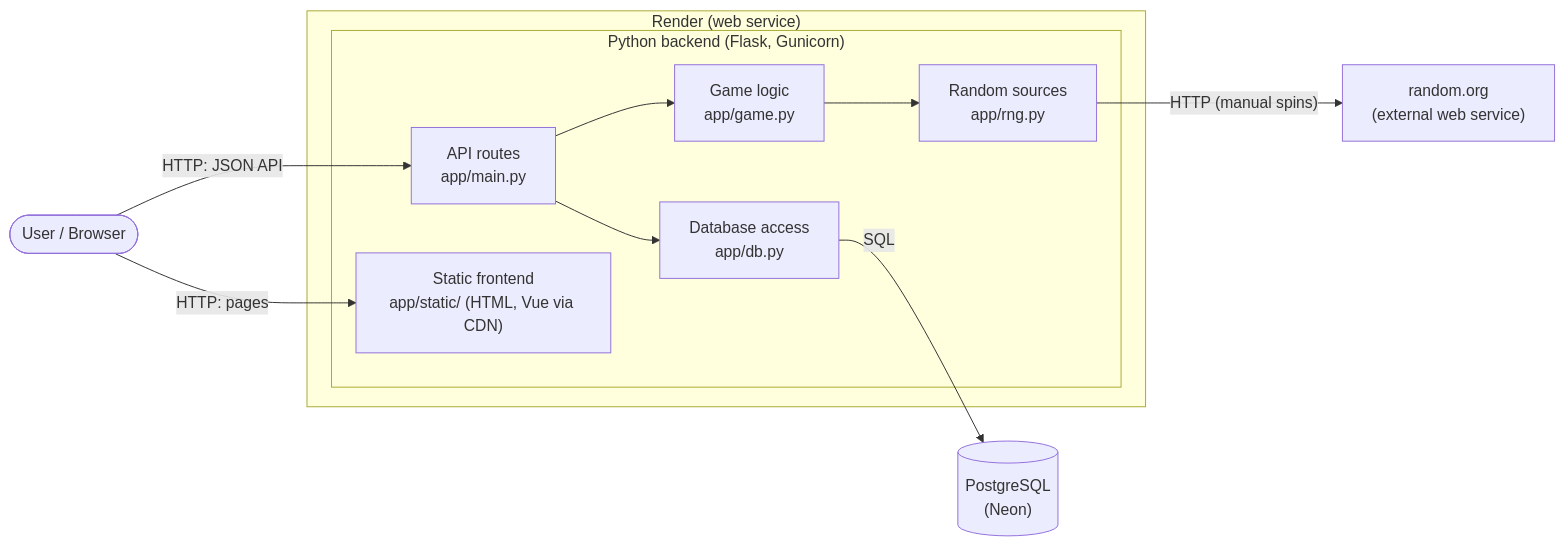
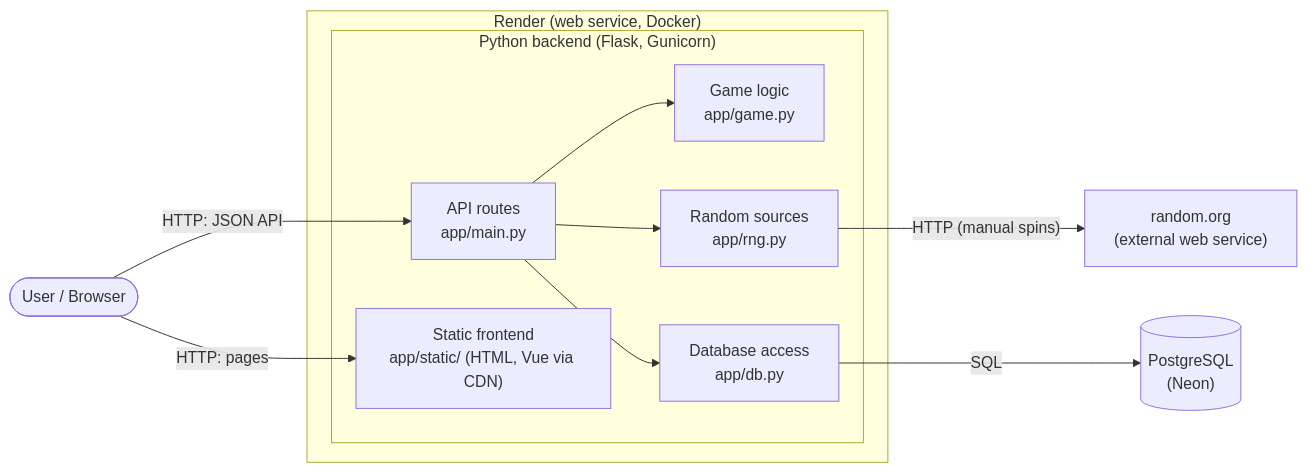
One commit to iceangel79/Slot_Machine changed the first of 5 diagrams in docs/architecture.md. Above: the diagram before and after it, drawn with Mermaid. The commit also changed other lines of this file and 7 other files, not shown here.

Commit message:
Complete README and update architecture, requirements and decisions

````diff
--- a/docs/architecture.md
+++ b/docs/architecture.md
@@ -10,25 +10,25 @@
 ```mermaid
 flowchart LR
     user([User / Browser])
 
-    subgraph render["Render (web service)"]
+    subgraph render["Render (web service, Docker)"]
         subgraph backend["Python backend (Flask, Gunicorn)"]
             api["API routes<br/>app/main.py"]
             game["Game logic<br/>app/game.py"]
             rng["Random sources<br/>app/rng.py"]
             db["Database access<br/>app/db.py"]
             static["Static frontend<br/>app/static/ (HTML, Vue via CDN)"]
         end
     end
 
     neon[("PostgreSQL<br/>(Neon)")]
     randomorg["random.org<br/>(external web service)"]
 
     user -- "HTTP: pages" --> static
     user -- "HTTP: JSON API" --> api
     api --> game
+    api --> rng
     api --> db
-    game --> rng
     rng -- "HTTP (manual spins)" --> randomorg
     db -- "SQL" --> neon
 ```
````
